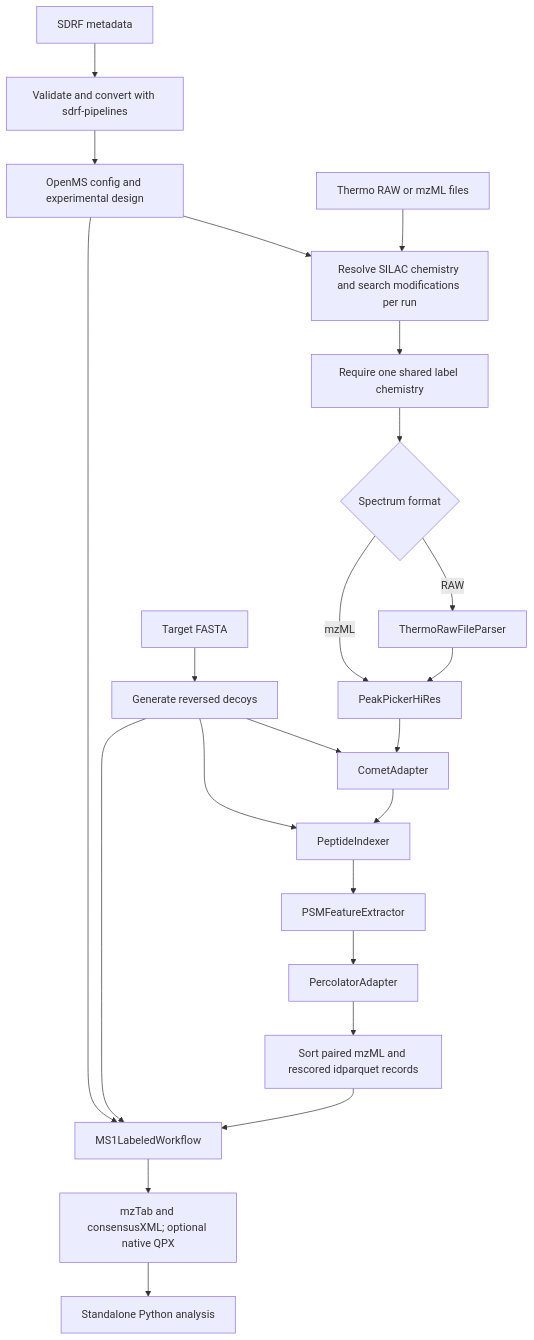
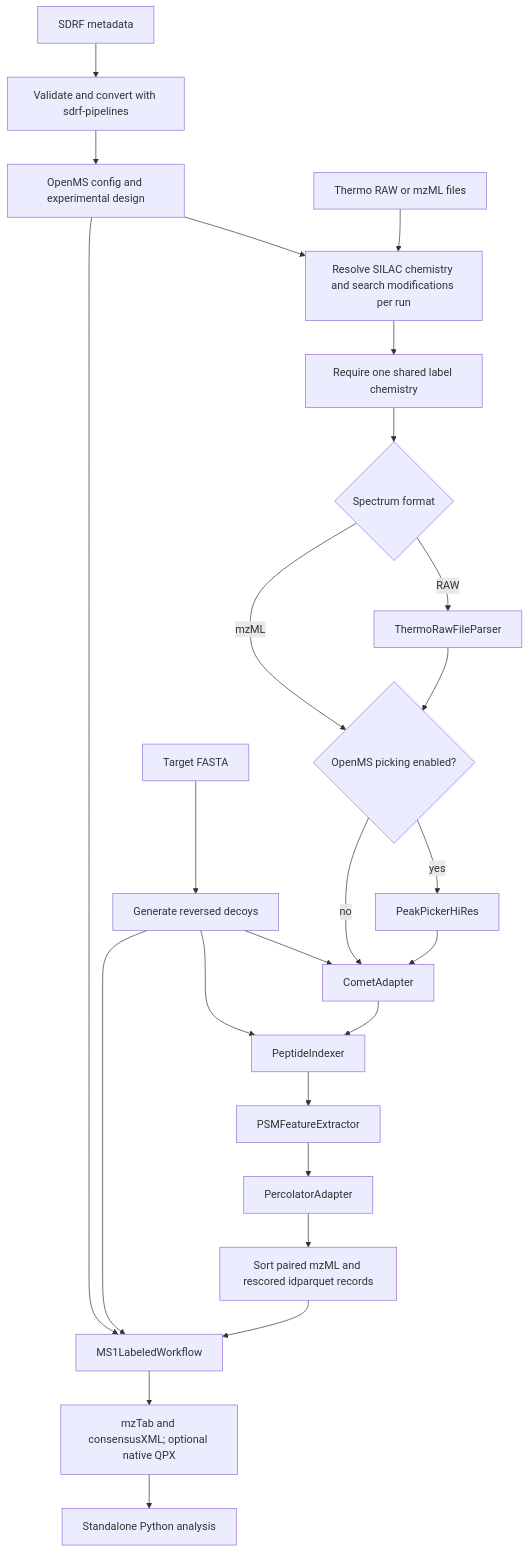
Before and after one commit to PhilRe99/openms_silac_nextflow: the diagram in README.md, drawn with Mermaid. The commit also changed other lines of this file and 5 other files, not shown here.

````diff
--- a/README.md
+++ b/README.md
@@ -44,25 +44,27 @@
 ```mermaid
 flowchart TD
     A[SDRF metadata] --> B[Validate and convert with sdrf-pipelines]
     B --> C[OpenMS config and experimental design]
     C --> D[Resolve SILAC chemistry and search modifications per run]
     E[Thermo RAW or mzML files] --> D
     D --> F[Require one shared label chemistry]
     F --> G{Spectrum format}
     G -->|RAW| H[ThermoRawFileParser]
-    G -->|mzML| I[PeakPickerHiRes]
-    H --> I
+    G -->|mzML| T{OpenMS picking enabled?}
+    H --> T
+    T -->|yes| I[PeakPickerHiRes]
+    T -->|no| L[CometAdapter]
     J[Target FASTA] --> K[Generate reversed decoys]
     I --> L[CometAdapter]
     K --> L
     L --> M[PeptideIndexer]
     K --> M
     M --> N[PSMFeatureExtractor]
     N --> O[PercolatorAdapter]
     O --> P[Sort paired mzML and rescored idparquet records]
     P --> Q[MS1LabeledWorkflow]
     C --> Q
     K --> Q
     Q --> R[mzTab and consensusXML; optional native QPX]
     R --> S[Standalone Python analysis]
 ```
````
